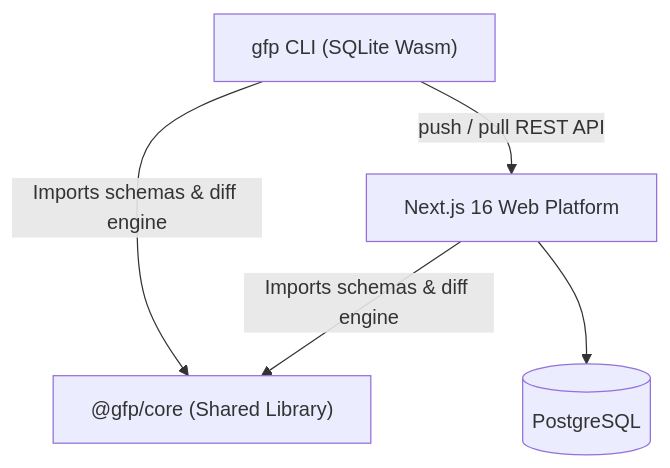
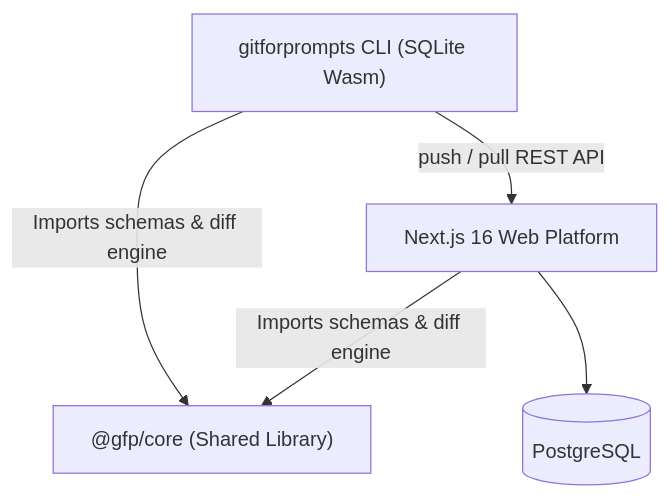
One commit to kwakhare5/Git-for-Prompts changed the diagram in README.md. Above: the diagram before and after it, drawn with Mermaid. The commit also changed other lines of this file and 9 other files, not shown here.

````diff
--- a/README.md
+++ b/README.md
@@ -123,12 +123,12 @@
 ```mermaid
 flowchart TD
     Core["@gfp/core (Shared Library)"]
-    CLI["gfp CLI (SQLite Wasm)"]
+    CLI["gitforprompts CLI (SQLite Wasm)"]
     Web["Next.js 16 Web Platform"]
     DB[(PostgreSQL)]
 
     CLI -->|Imports schemas & diff engine| Core
     Web -->|Imports schemas & diff engine| Core
     CLI -->|push / pull REST API| Web
     Web --> DB
 ```
````
